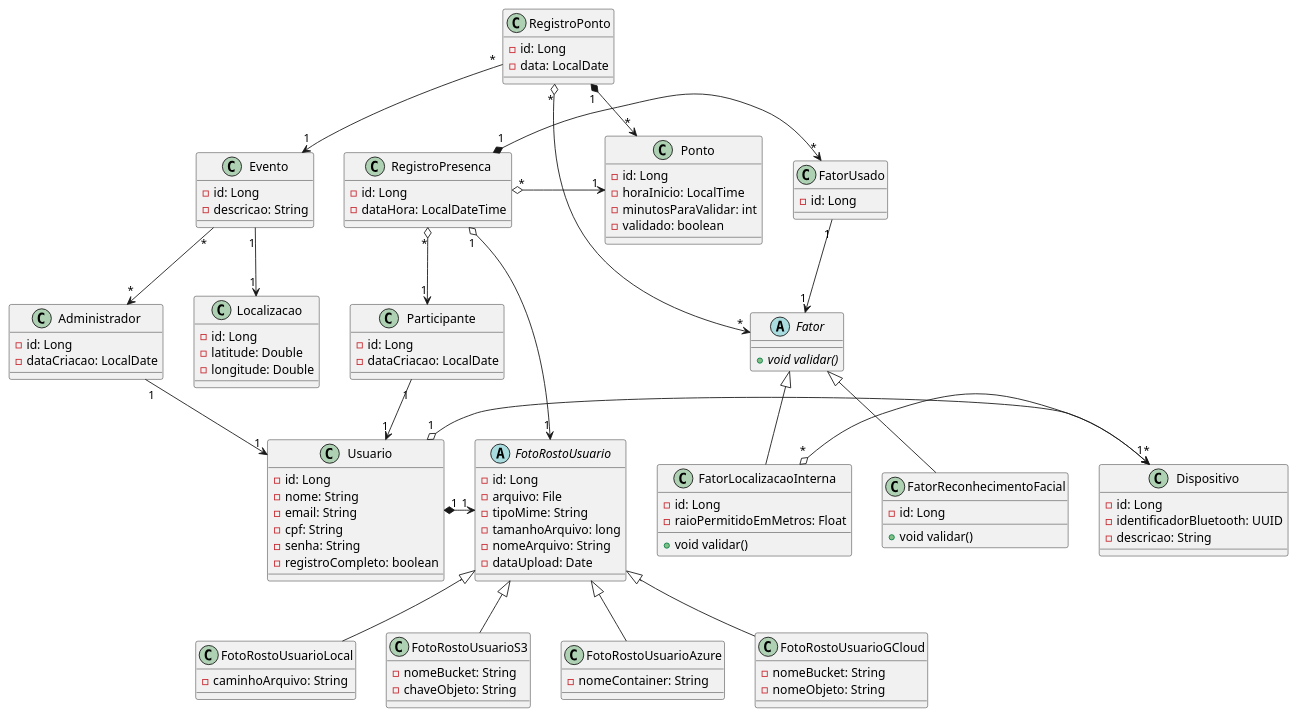
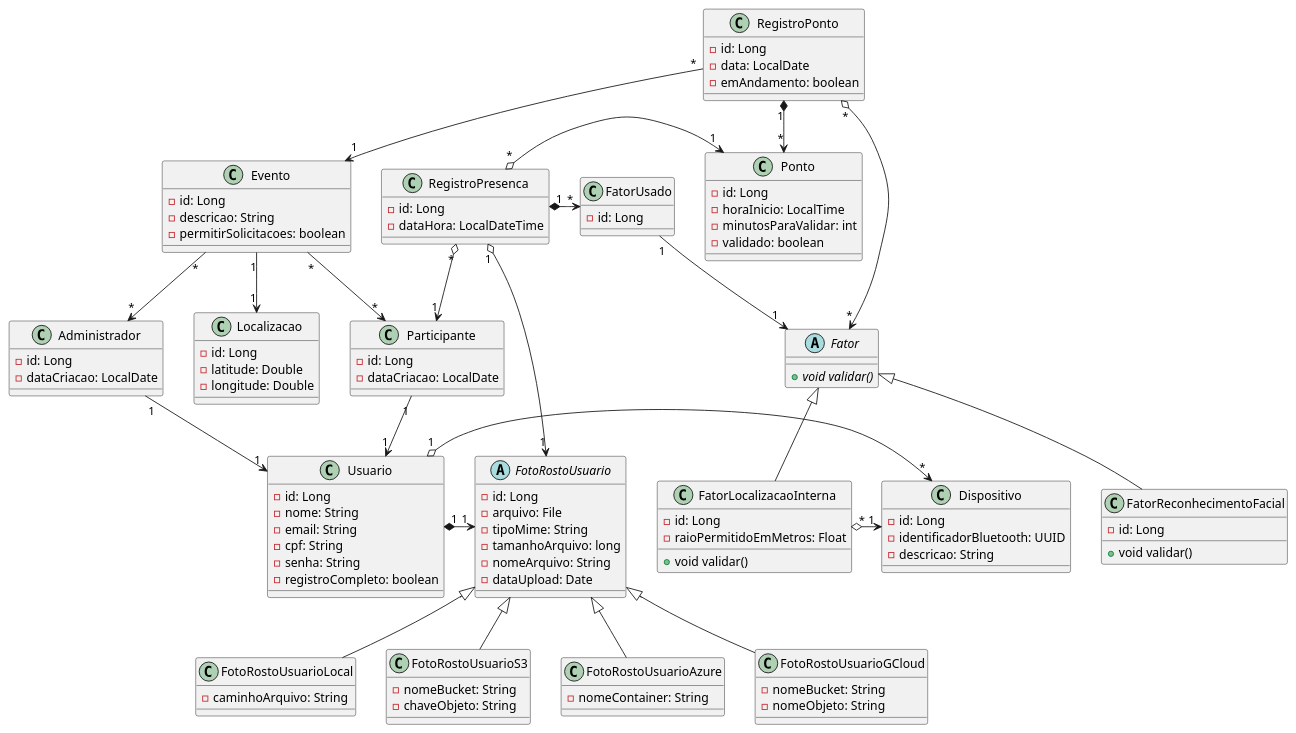
One commit to luan-coelho/faceverify changed the diagram in backend/diagram-class.plantuml. Above: the diagram before and after it, drawn with PlantUML. The commit also changed 2 other files, not shown here.

```diff
--- a/backend/diagram-class.plantuml
+++ b/backend/diagram-class.plantuml
@@ -1,132 +1,135 @@
 @startuml
 class Usuario {
     - id: Long
     - nome: String
     - email: String
     - cpf: String
     - senha: String
     - registroCompleto: boolean
 }
 
 class Administrador {
     - id: Long
     - dataCriacao: LocalDate
 }
 
 class Participante {
     - id: Long
     - dataCriacao: LocalDate
 }
 
 class Dispositivo {
     - id: Long
     - identificadorBluetooth: UUID
     - descricao: String
 }
 
 abstract class FotoRostoUsuario {
     - id: Long
     - arquivo: File
     - tipoMime: String
     - tamanhoArquivo: long
     - nomeArquivo: String
     - dataUpload: Date
 }
 
 class FatorUsado {
      - id: Long
 }
 
 class FotoRostoUsuarioLocal {
     - caminhoArquivo: String
 }
 
 class FotoRostoUsuarioS3 {
     - nomeBucket: String
     - chaveObjeto: String
 }
 
 class FotoRostoUsuarioAzure {
     - nomeContainer: String
 }
 
 class FotoRostoUsuarioGCloud {
     - nomeBucket: String
     - nomeObjeto: String
 }
 
 class Evento {
     - id: Long
     - descricao: String
+    - permitirSolicitacoes: boolean
 }
 
 class Localizacao {
     - id: Long
     - latitude: Double
     - longitude: Double
 }
 
 
 class RegistroPonto {
     - id: Long
     - data: LocalDate
+    - emAndamento: boolean
 }
 
 class Ponto {
     - id: Long
     - horaInicio: LocalTime
     - minutosParaValidar: int
     - validado: boolean
 }
 
 class RegistroPresenca {
     - id: Long
     - dataHora: LocalDateTime
 }
 
 abstract class Fator {
     + void {abstract} validar()
 }
 
 class FatorReconhecimentoFacial {
     - id: Long
     + void validar()
 }
 
 class FatorLocalizacaoInterna {
     - id: Long
     - raioPermitidoEmMetros: Float
     + void validar()
 }
 
 RegistroPonto "*" --> "1" Evento
 Evento "*" --> "*" Administrador
 Evento "1" --> "1" Localizacao
+Evento "*" --> "*" Participante
 
 RegistroPonto "1" *-> "*" Ponto
 RegistroPonto "*" o-> "*" Fator
 
 RegistroPresenca "*" o-> "1" Participante
 RegistroPresenca "*" o-> "1" Ponto
 RegistroPresenca "1" o-> "1" FotoRostoUsuario
 
 Fator <|-- FatorReconhecimentoFacial
 Fator <|-- FatorLocalizacaoInterna
 
 FatorLocalizacaoInterna "*" o-> "1" Dispositivo
 
 Usuario "1" o-> "*" Dispositivo
 Usuario "1" *-> "1" FotoRostoUsuario
 
 RegistroPresenca "1" *-> "*" FatorUsado
 FatorUsado "1" --> "1" Fator
 
 Administrador "1" --> "1" Usuario
 Participante "1" --> "1" Usuario
 
 FotoRostoUsuario <|-- FotoRostoUsuarioLocal
 FotoRostoUsuario <|-- FotoRostoUsuarioS3
 FotoRostoUsuario <|-- FotoRostoUsuarioAzure
 FotoRostoUsuario <|-- FotoRostoUsuarioGCloud
 
 @enduml
```
